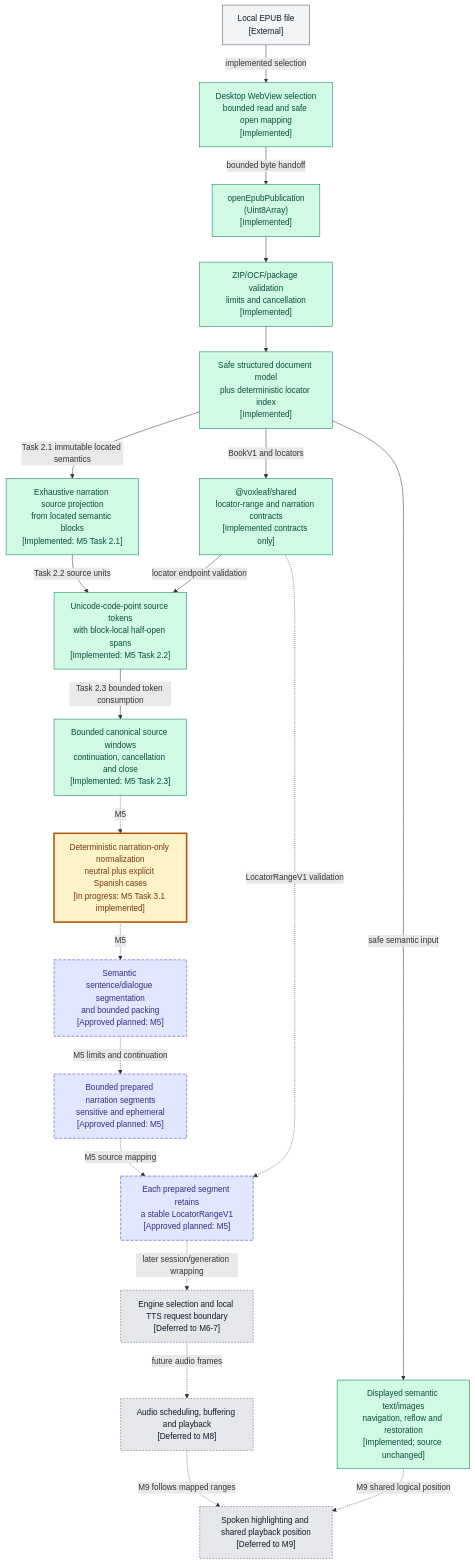
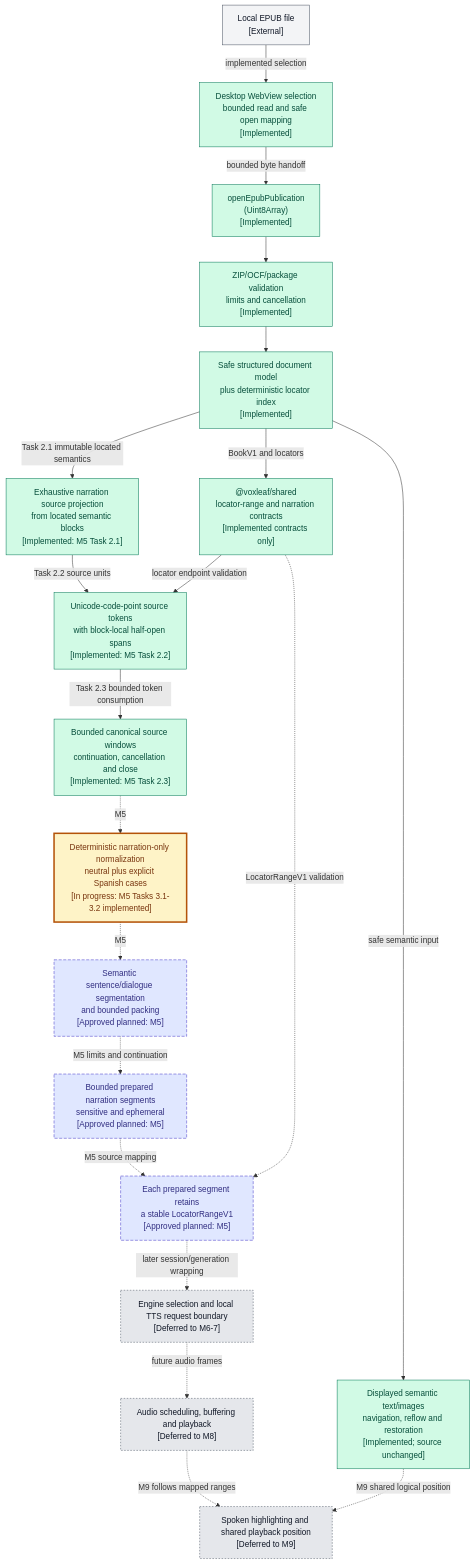
Before and after one commit to mmjosedaniel/voxleaf: the second of 2 diagrams in docs/architecture/system-diagram.md, drawn with Mermaid. The commit also changed other lines of this file and 15 other files, not shown here.

Commit message:
Implement narration punctuation normalization (#83)

````diff
--- a/docs/architecture/system-diagram.md
+++ b/docs/architecture/system-diagram.md
@@ -99,45 +99,45 @@
 ```mermaid
 flowchart TB
   classDef implemented fill:#d1fae5,stroke:#047857,color:#064e3b
   classDef inprogress fill:#fef3c7,stroke:#b45309,stroke-width:3px,color:#78350f
   classDef planned fill:#e0e7ff,stroke:#4338ca,stroke-dasharray:6 3,color:#312e81
   classDef deferred fill:#e5e7eb,stroke:#4b5563,stroke-dasharray:3 3,color:#111827
   classDef external fill:#f3f4f6,stroke:#4b5563,color:#111827
 
   file["Local EPUB file<br/>[External]"]:::external
   selection["Desktop WebView selection<br/>bounded read and safe open mapping<br/>[Implemented]"]:::implemented
   opener["openEpubPublication<br/>(Uint8Array)<br/>[Implemented]"]:::implemented
   validation["ZIP/OCF/package validation<br/>limits and cancellation<br/>[Implemented]"]:::implemented
   semantics["Safe structured document model<br/>plus deterministic locator index<br/>[Implemented]"]:::implemented
   visualReader["Displayed semantic text/images<br/>navigation, reflow and restoration<br/>[Implemented; source unchanged]"]:::implemented
   contracts["@voxleaf/shared<br/>locator-range and narration contracts<br/>[Implemented contracts only]"]:::implemented
   sourceSelection["Exhaustive narration source projection<br/>from located semantic blocks<br/>[Implemented: M5 Task 2.1]"]:::implemented
   sourceMapping["Unicode-code-point source tokens<br/>with block-local half-open spans<br/>[Implemented: M5 Task 2.2]"]:::implemented
   sourceWindow["Bounded canonical source windows<br/>continuation, cancellation and close<br/>[Implemented: M5 Task 2.3]"]:::implemented
-  normalization["Deterministic narration-only normalization<br/>neutral plus explicit Spanish cases<br/>[In progress: M5 Task 3.1 implemented]"]:::inprogress
+  normalization["Deterministic narration-only normalization<br/>neutral plus explicit Spanish cases<br/>[In progress: M5 Tasks 3.1-3.2 implemented]"]:::inprogress
   segmentation["Semantic sentence/dialogue segmentation<br/>and bounded packing<br/>[Approved planned: M5]"]:::planned
   boundedSegments["Bounded prepared narration segments<br/>sensitive and ephemeral<br/>[Approved planned: M5]"]:::planned
   mappedSegments["Each prepared segment retains<br/>a stable LocatorRangeV1<br/>[Approved planned: M5]"]:::planned
   ttsBoundary["Engine selection and local TTS request boundary<br/>[Deferred to M6-7]"]:::deferred
   audioPipeline["Audio scheduling, buffering and playback<br/>[Deferred to M8]"]:::deferred
   synchronizedReader["Spoken highlighting and shared playback position<br/>[Deferred to M9]"]:::deferred
 
   file -->|implemented selection| selection
   selection -->|bounded byte handoff| opener
   opener --> validation --> semantics
   semantics -->|safe semantic input| visualReader
   semantics -->|BookV1 and locators| contracts
   semantics -->|Task 2.1 immutable located semantics| sourceSelection
   sourceSelection -->|Task 2.2 source units| sourceMapping
   contracts -->|locator endpoint validation| sourceMapping
   sourceMapping -->|Task 2.3 bounded token consumption| sourceWindow
   sourceWindow -.->|M5| normalization
   normalization -.->|M5| segmentation
   segmentation -.->|M5 limits and continuation| boundedSegments
   boundedSegments -.->|M5 source mapping| mappedSegments
   contracts -.->|LocatorRangeV1 validation| mappedSegments
   mappedSegments -.->|later session/generation wrapping| ttsBoundary
   ttsBoundary -.->|future audio frames| audioPipeline
   audioPipeline -.->|M9 follows mapped ranges| synchronizedReader
   visualReader -.->|M9 shared logical position| synchronizedReader
 ```
````
